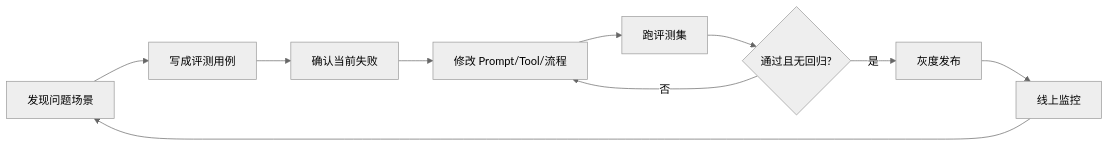
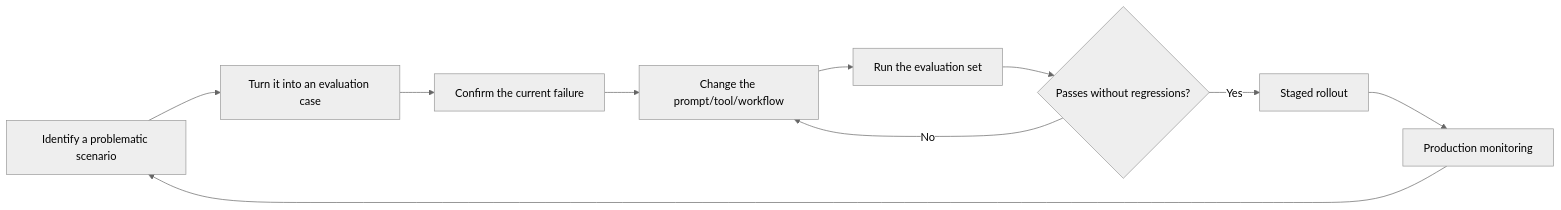
The seventh of 7 diagrams in docs/agent/05-production/14-agent-evaluation.md (oneleaveknowsthefall/awesome-ai-roadmap), drawn with Mermaid (neutral theme) before and after one commit. The commit also changed other lines of this file and 68 other files, not shown here.

````diff
--- a/docs/agent/05-production/14-agent-evaluation.md
+++ b/docs/agent/05-production/14-agent-evaluation.md
@@ -388,12 +390,12 @@
 ```mermaid
 flowchart LR
-    A[发现问题场景] --> B[写成评测用例]
-    B --> C[确认当前失败]
-    C --> D[修改 Prompt/Tool/流程]
-    D --> E[跑评测集]
-    E --> F{通过且无回归?}
-    F -->|否| D
-    F -->|是| G[灰度发布]
-    G --> H[线上监控]
+    A[Identify a problematic scenario] --> B[Turn it into an evaluation case]
+    B --> C[Confirm the current failure]
+    C --> D[Change the prompt/tool/workflow]
+    D --> E[Run the evaluation set]
+    E --> F{Passes without regressions?}
+    F -->|No| D
+    F -->|Yes| G[Staged rollout]
+    G --> H[Production monitoring]
     H --> A
 ```
````
